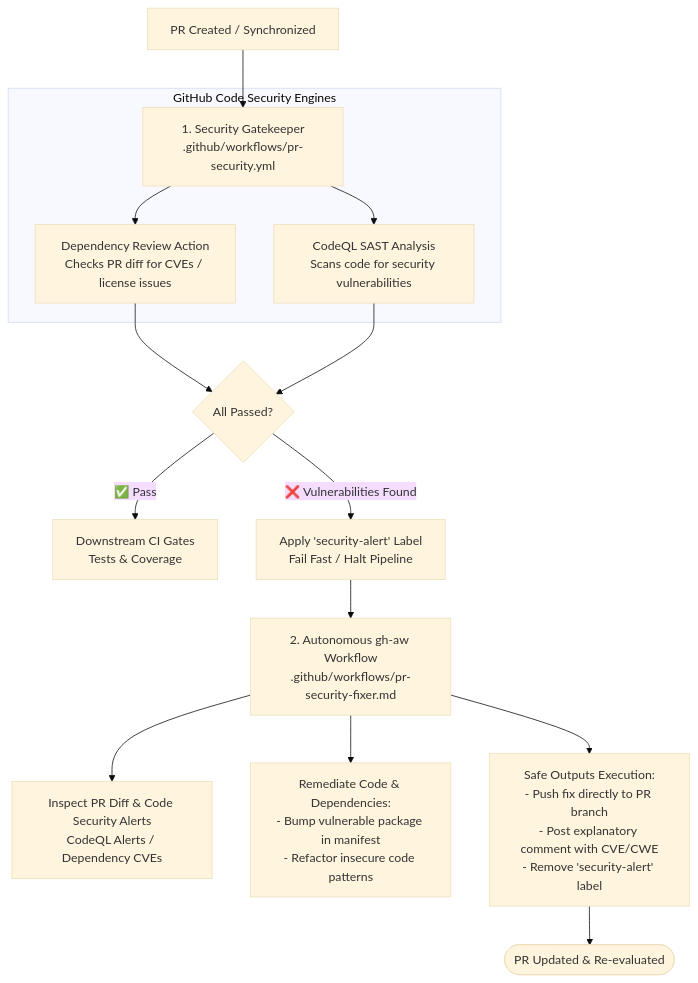
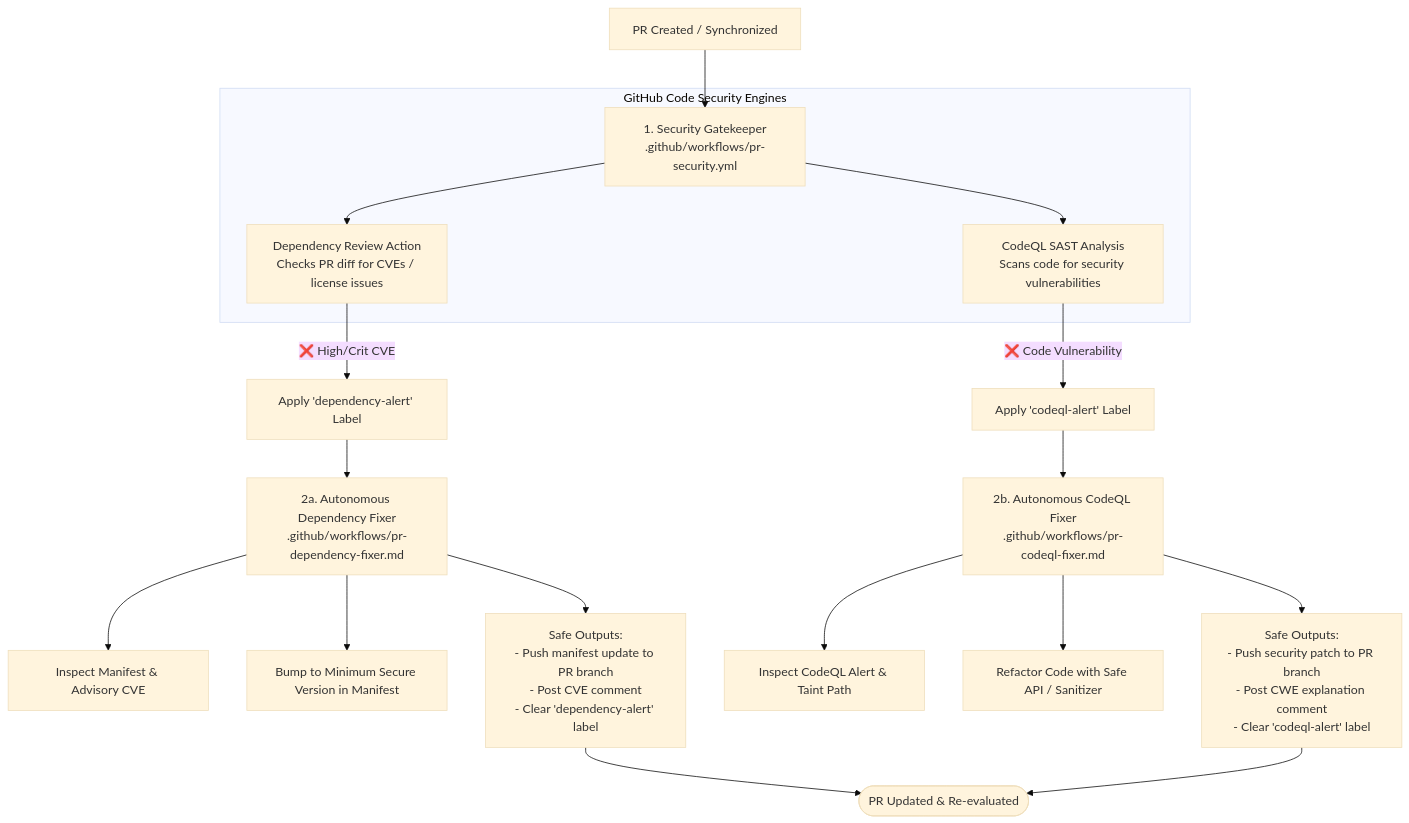
Before and after one commit to SitoaderOrg/ForgeFlow: the diagram in docs/pr-security-and-fixer.md, drawn with Mermaid (base theme). The commit also changed other lines of this file and 6 other files, not shown here.

First line of the commit message:
feat(security): split security gatekeeper into dependency-alert and codeql-alert

````diff
--- a/docs/pr-security-and-fixer.md
+++ b/docs/pr-security-and-fixer.md
@@ -9,21 +9,25 @@
 ```mermaid
 flowchart TD
     PR[PR Created / Synchronized] --> SecGate[1. Security Gatekeeper\n.github/workflows/pr-security.yml]
     
     subgraph GitHub_Code_Security [GitHub Code Security Engines]
         SecGate --> DepReview[Dependency Review Action\nChecks PR diff for CVEs / license issues]
         SecGate --> CodeQL[CodeQL SAST Analysis\nScans code for security vulnerabilities]
     end
 
-    DepReview --> StatusCheck{All Passed?}
-    CodeQL --> StatusCheck
+    DepReview -->|❌ High/Crit CVE| AddDepLabel[Apply 'dependency-alert' Label]
+    CodeQL -->|❌ Code Vulnerability| AddCodeqlLabel[Apply 'codeql-alert' Label]
 
-    StatusCheck -->|✅ Pass| NextGate[Downstream CI Gates\nTests & Coverage]
-    StatusCheck -->|❌ Vulnerabilities Found| AddLabel[Apply 'security-alert' Label\nFail Fast / Halt Pipeline]
+    AddDepLabel --> DepFixer[2a. Autonomous Dependency Fixer\n.github/workflows/pr-dependency-fixer.md]
+    DepFixer --> InspectDep[Inspect Manifest & Advisory CVE]
+    DepFixer --> BumpDep[Bump to Minimum Secure Version in Manifest]
+    DepFixer --> SafeOutputsDep[Safe Outputs:\n- Push manifest update to PR branch\n- Post CVE comment\n- Clear 'dependency-alert' label]
 
-    AddLabel --> Fixer[2. Autonomous gh-aw Workflow\n.github/workflows/pr-security-fixer.md]
-    Fixer --> Inspect[Inspect PR Diff & Code Security Alerts\nCodeQL Alerts / Dependency CVEs]
-    Fixer --> Remediate[Remediate Code & Dependencies:\n- Bump vulnerable package in manifest\n- Refactor insecure code patterns]
-    Fixer --> SafeOutputs[Safe Outputs Execution:\n- Push fix directly to PR branch\n- Post explanatory comment with CVE/CWE\n- Remove 'security-alert' label]
-    SafeOutputs --> Recheck([PR Updated & Re-evaluated])
+    AddCodeqlLabel --> CodeqlFixer[2b. Autonomous CodeQL Fixer\n.github/workflows/pr-codeql-fixer.md]
+    CodeqlFixer --> InspectCodeql[Inspect CodeQL Alert & Taint Path]
+    CodeqlFixer --> RefactorCode[Refactor Code with Safe API / Sanitizer]
+    CodeqlFixer --> SafeOutputsCodeql[Safe Outputs:\n- Push security patch to PR branch\n- Post CWE explanation comment\n- Clear 'codeql-alert' label]
+
+    SafeOutputsDep --> Recheck([PR Updated & Re-evaluated])
+    SafeOutputsCodeql --> Recheck
 ```
````
